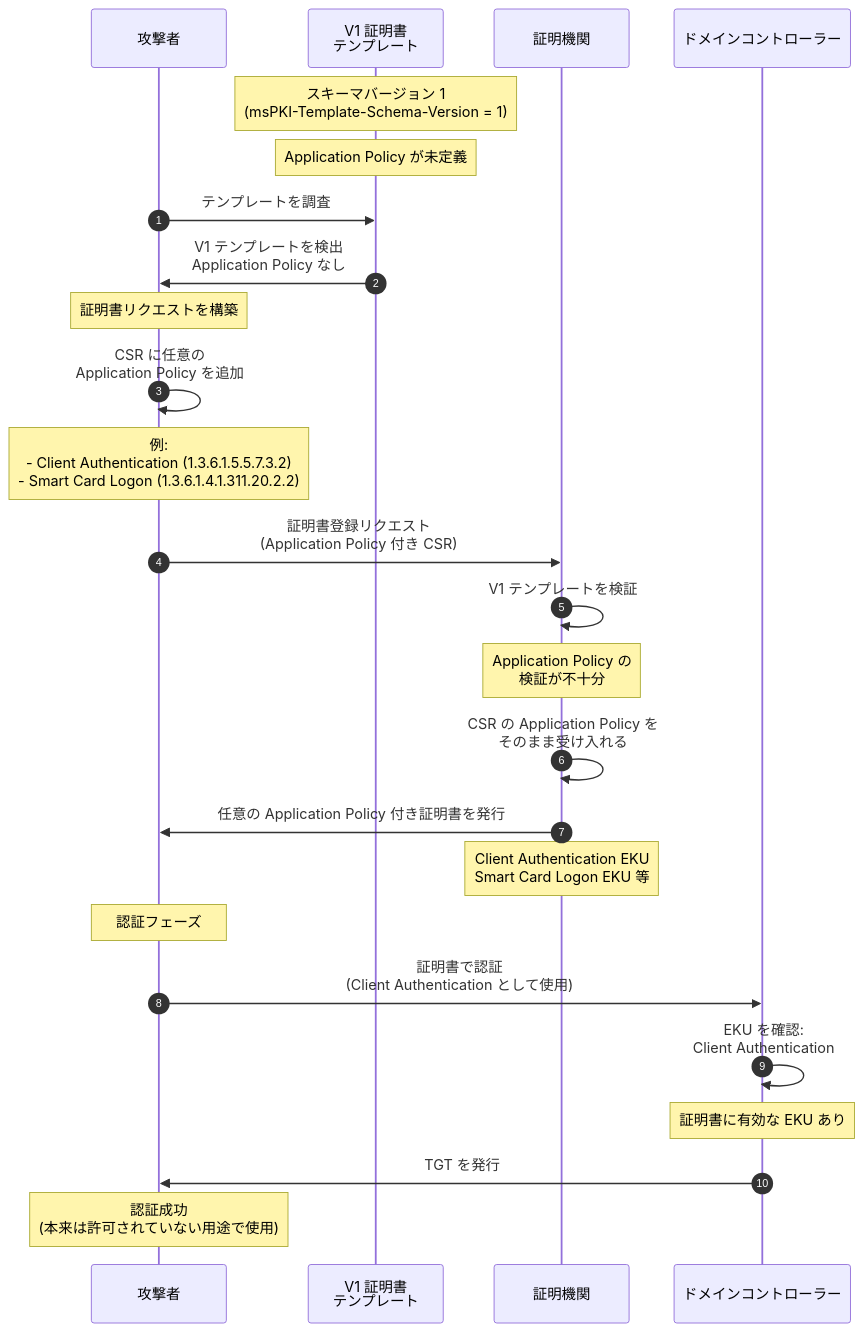
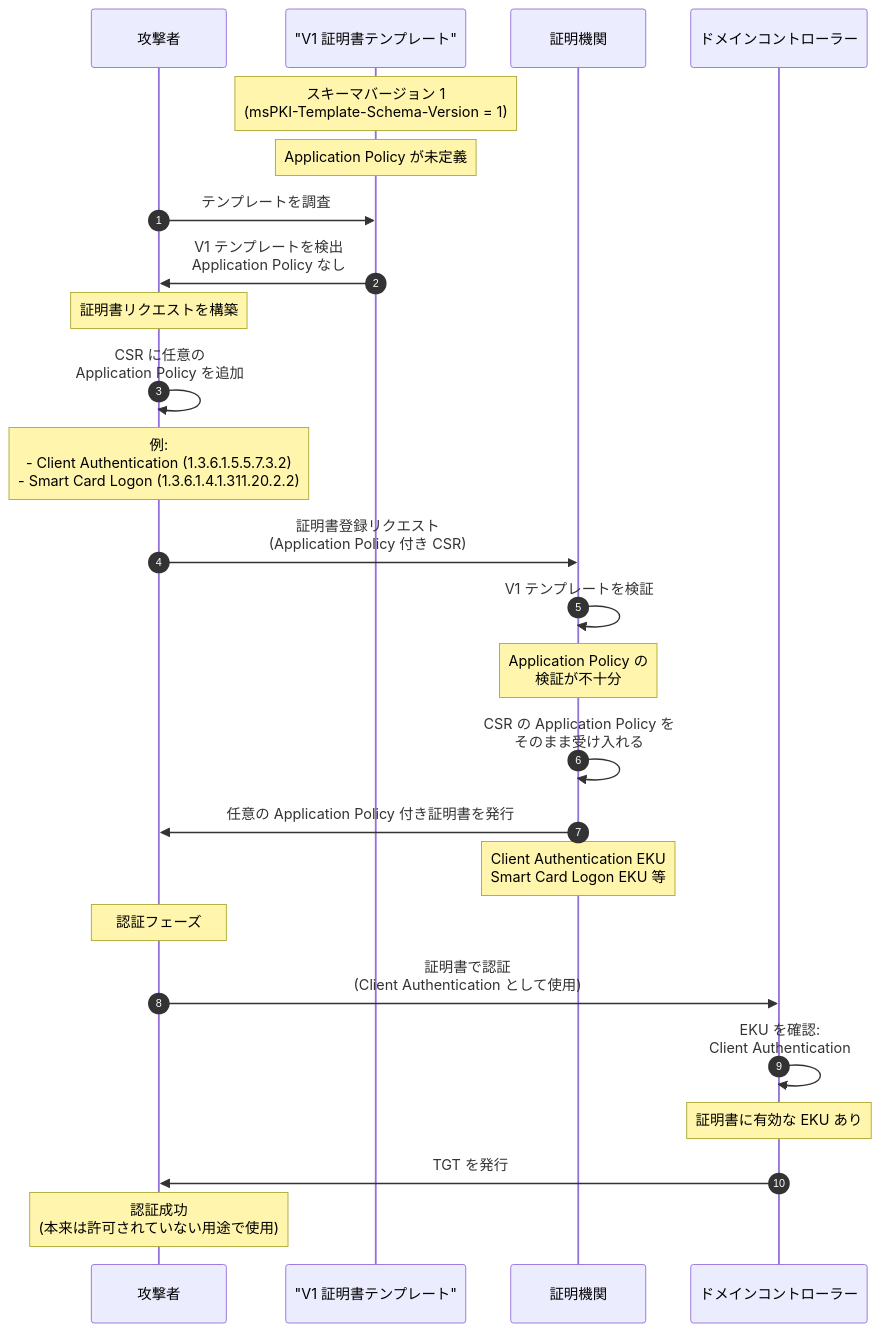
Diagram 15 of 17 in _posts/2026-03-03-tech-adcs-esc-attack-guide-ja.md (morimori-dev/morimori-dev.github.io), drawn with Mermaid before and after one commit. The commit also changed other lines of this file and 7 other files, not shown here.

First line of the commit message:
Fix Mermaid syntax errors in 8 posts

````diff
--- a/_posts/2026-03-03-tech-adcs-esc-attack-guide-ja.md
+++ b/_posts/2026-03-03-tech-adcs-esc-attack-guide-ja.md
@@ -1462,40 +1462,40 @@
 ```mermaid
 sequenceDiagram
     autonumber
     participant A as 攻撃者
-    participant V1 as V1 証明書<br/>テンプレート
+    participant V1 as "V1 証明書テンプレート"
     participant CA as 証明機関
     participant DC as ドメインコントローラー
 
     Note over V1: スキーマバージョン 1<br/>(msPKI-Template-Schema-Version = 1)
     Note over V1: Application Policy が未定義
 
     A->>V1: テンプレートを調査
     V1->>A: V1 テンプレートを検出<br/>Application Policy なし
 
     Note over A: 証明書リクエストを構築
 
     A->>A: CSR に任意の<br/>Application Policy を追加
     Note over A: 例:<br/>- Client Authentication (1.3.6.1.5.5.7.3.2)<br/>- Smart Card Logon (1.3.6.1.4.1.311.20.2.2)
 
     A->>CA: 証明書登録リクエスト<br/>(Application Policy 付き CSR)
 
     CA->>CA: V1 テンプレートを検証
     Note over CA: Application Policy の<br/>検証が不十分
 
     CA->>CA: CSR の Application Policy を<br/>そのまま受け入れる
 
     CA->>A: 任意の Application Policy 付き証明書を発行
     Note over CA: Client Authentication EKU<br/>Smart Card Logon EKU 等
 
     Note over A: 認証フェーズ
 
     A->>DC: 証明書で認証<br/>(Client Authentication として使用)
 
     DC->>DC: EKU を確認:<br/>Client Authentication
     Note over DC: 証明書に有効な EKU あり
 
     DC->>A: TGT を発行
 
     Note over A: 認証成功<br/>(本来は許可されていない用途で使用)
 ```
````
